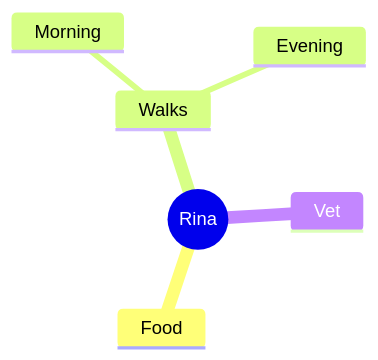
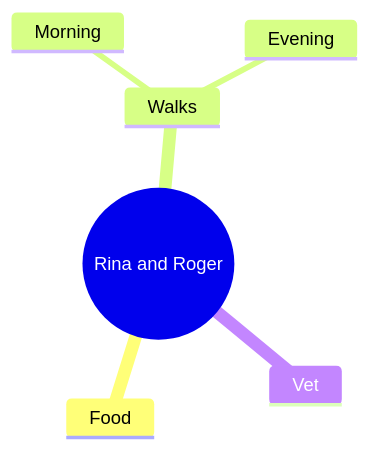
One commit to rgdevment/Tisty changed the ninth of 13 diagrams in app/src-tauri/resources/guide/en/sample.md. Above: the diagram before and after it, drawn with Mermaid. The commit also changed other lines of this file and 4 other files, not shown here.

Commit message:
docs(guide): what Rina and Roger share names them both, while each keeps their own card and photo

````diff
--- a/app/src-tauri/resources/guide/en/sample.md
+++ b/app/src-tauri/resources/guide/en/sample.md
@@ -185,9 +185,9 @@
 ```mermaid
 mindmap
-  root((Rina))
+  root((Rina and Roger))
     Food
     Walks
       Morning
       Evening
     Vet
 ```
````
